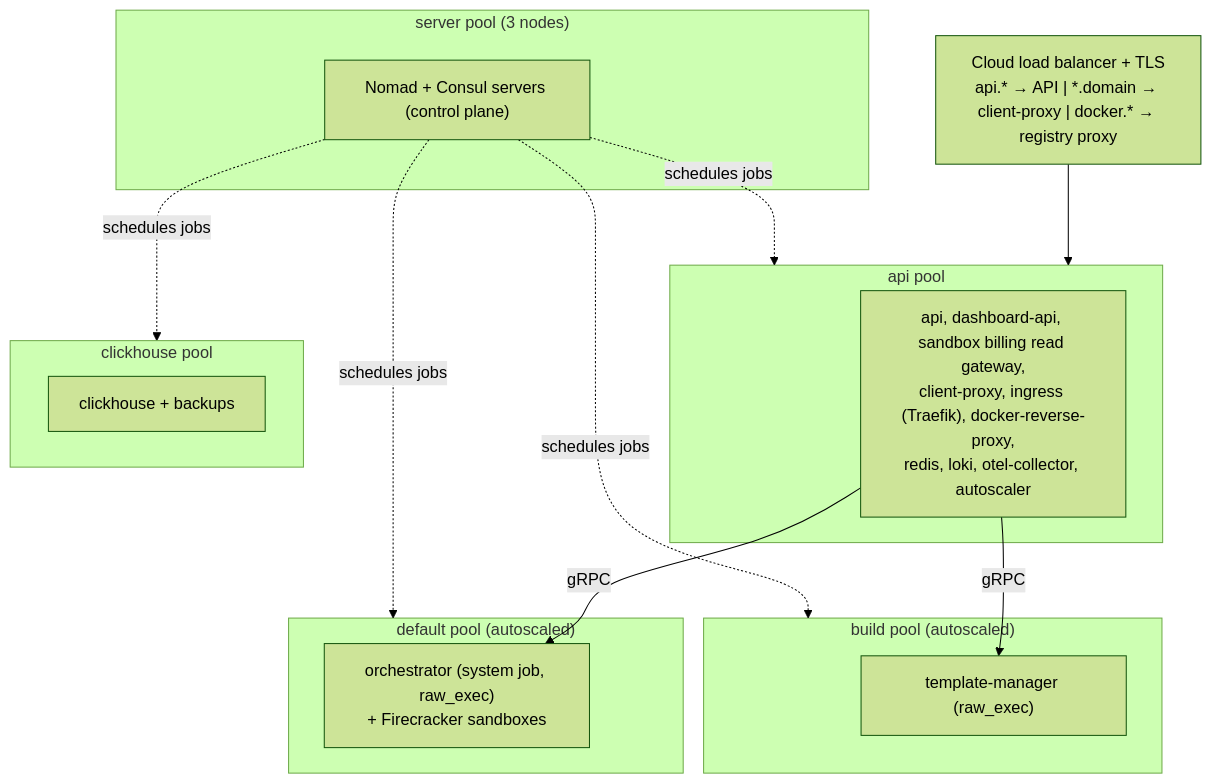
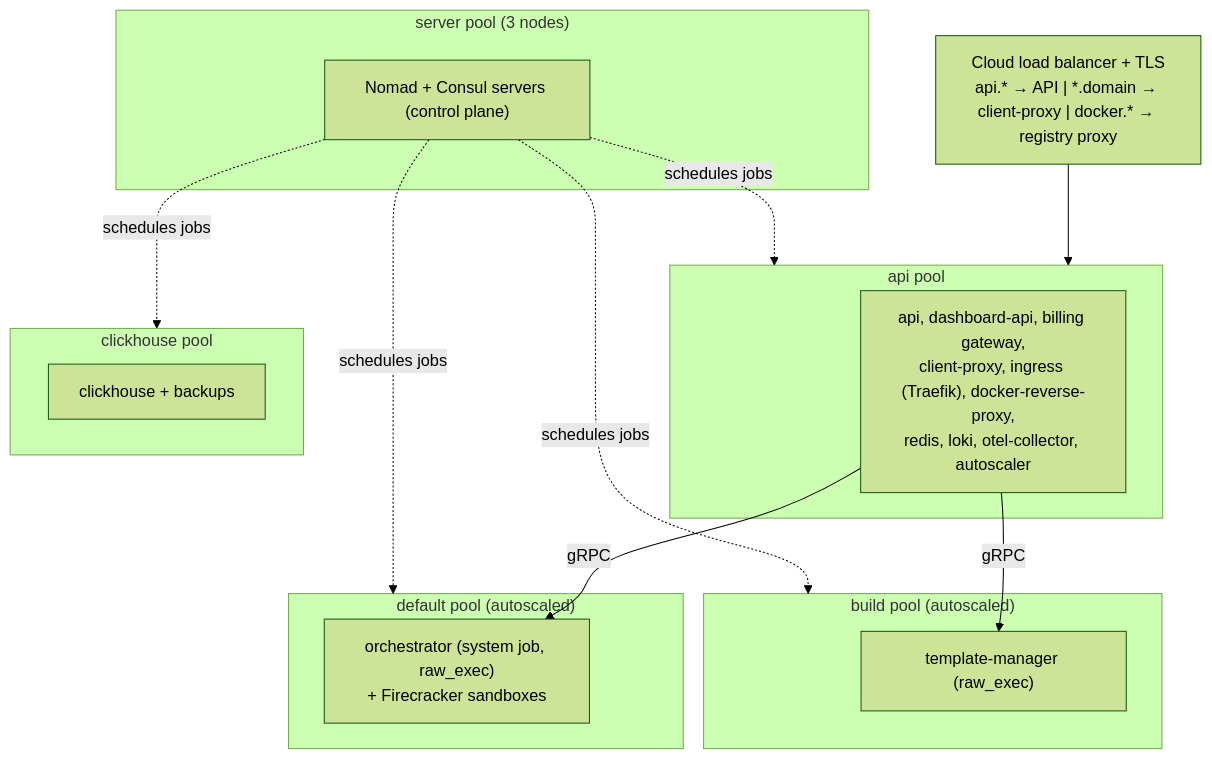
One commit to SerendipityOneInc/infra changed the fifth of 5 diagrams in docs/ARCHITECTURE.md. Above: the diagram before and after it, drawn with Mermaid (forest theme). The commit also changed other lines of this file and 3 other files, not shown here.

````diff
--- a/docs/ARCHITECTURE.md
+++ b/docs/ARCHITECTURE.md
@@ -335,24 +335,24 @@
 ```mermaid
 flowchart TB
     LB["Cloud load balancer + TLS<br/>api.* → API | *.domain → client-proxy | docker.* → registry proxy"]
 
     subgraph servers["server pool (3 nodes)"]
         NS["Nomad + Consul servers (control plane)"]
     end
     subgraph apipool["api pool"]
-        AJ["api, dashboard-api, sandbox billing read gateway,<br/>client-proxy, ingress (Traefik), docker-reverse-proxy,<br/>redis, loki, otel-collector, autoscaler"]
+        AJ["api, dashboard-api, billing gateway,<br/>client-proxy, ingress (Traefik), docker-reverse-proxy,<br/>redis, loki, otel-collector, autoscaler"]
     end
     subgraph clientpool["default pool (autoscaled)"]
         OJ["orchestrator (system job, raw_exec)<br/>+ Firecracker sandboxes"]
     end
     subgraph buildpool["build pool (autoscaled)"]
         TJ["template-manager (raw_exec)"]
     end
     subgraph chpool["clickhouse pool"]
         CJ["clickhouse + backups"]
     end
 
     LB --> apipool
     AJ -->|gRPC| OJ & TJ
     NS -.->|schedules jobs| apipool & clientpool & buildpool & chpool
 ```
````
